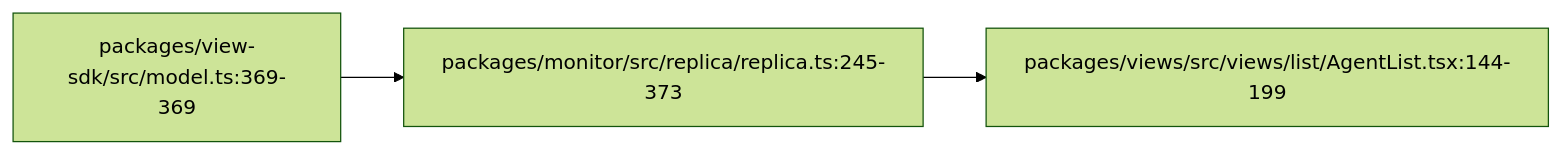
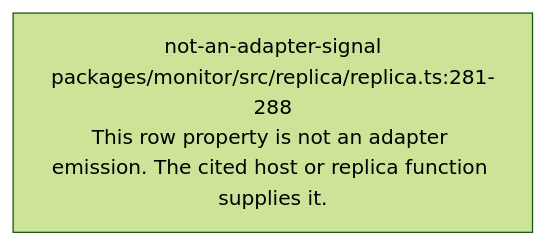
Before and after one commit to vibefield/puppeteer: the diagram in audit/godview/evidence/antigravity/attachment.mmd, drawn with Mermaid (forest theme). The commit also changed 746 other files, not shown here.

First line of the commit message:
Apply adapter-specific UI reachability to first-half monitor traces.

```diff
--- a/audit/godview/evidence/antigravity/attachment.mmd
+++ b/audit/godview/evidence/antigravity/attachment.mmd
@@ -1,9 +1,5 @@
-%% graph_ref: path.window
-%% shared_map: 07e71c9bcb9532fc181e3f667f2d0ed2e7c9afaf
+%% field: field.attachment
+%% adapter: antigravity
 %% forensic: source-read 748d015a7e393112e0a91dad80111fdf5abe6583; not a live sample
-flowchart LR
-  n0["packages/view-sdk/src/model.ts:369-369"]
-  n1["packages/monitor/src/replica/replica.ts:245-373"]
-  n0 --> n1
-  n2["packages/views/src/views/list/AgentList.tsx:144-199"]
-  n1 --> n2
+flowchart TD
+  n0["not-an-adapter-signal\npackages/monitor/src/replica/replica.ts:281-288\nThis row property is not an adapter emission. The cited host or replica function supplies it."]
```
